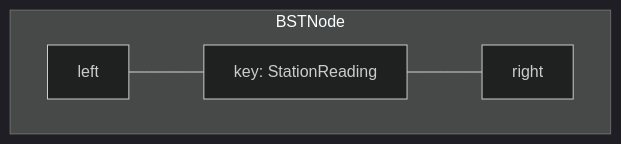
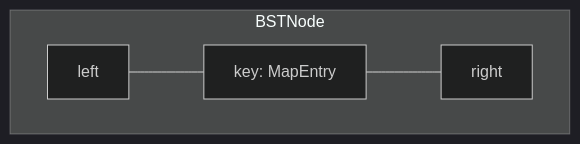
Before and after one commit to qgjones9/python-programming-guide: the third of 7 diagrams in docs/dsa/data-structures/binary-search-tree/index.md, drawn with Mermaid (dark theme). The commit also changed other lines of this file and 31 other files, not shown here.

````diff
--- a/docs/dsa/data-structures/binary-search-tree/index.md
+++ b/docs/dsa/data-structures/binary-search-tree/index.md
@@ -107,10 +108,10 @@
 ```mermaid
 flowchart TB
-  subgraph node["BSTNode"]
-    K["key: StationReading"]
-    L["left"]
-    R["right"]
-  end
-  L --- K
-  K --- R
+ subgraph node["BSTNode"]
+ K["key: MapEntry"]
+ L["left"]
+ R["right"]
+ end
+ L --- K
+ K --- R
 ```
````
